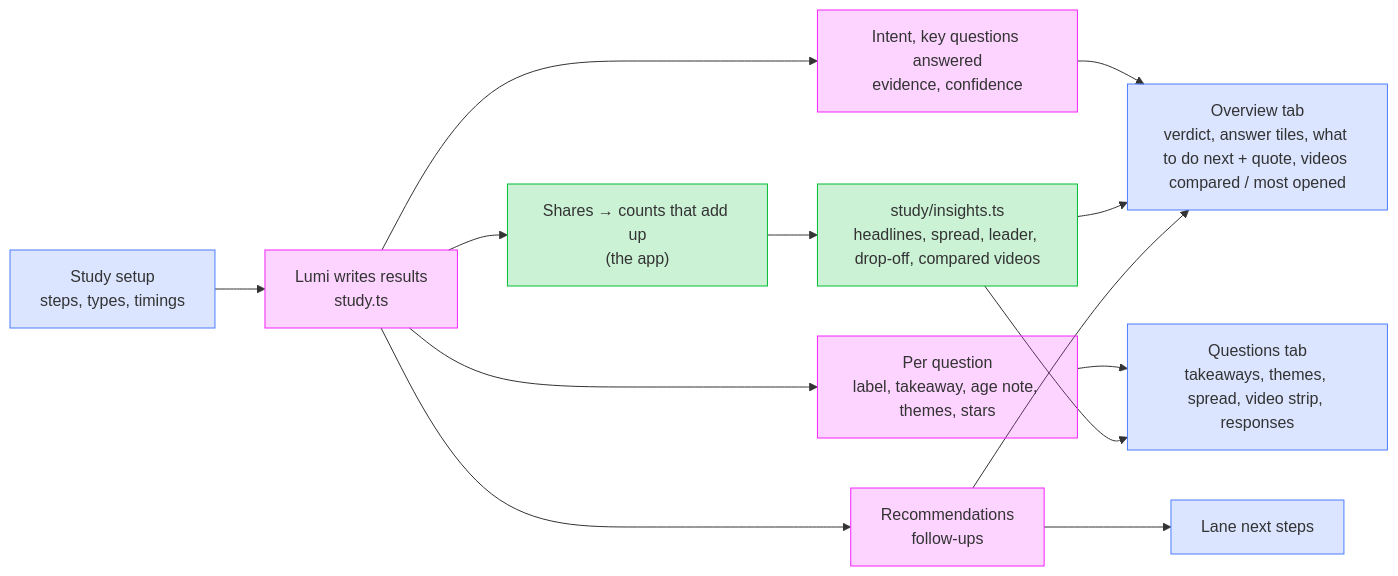
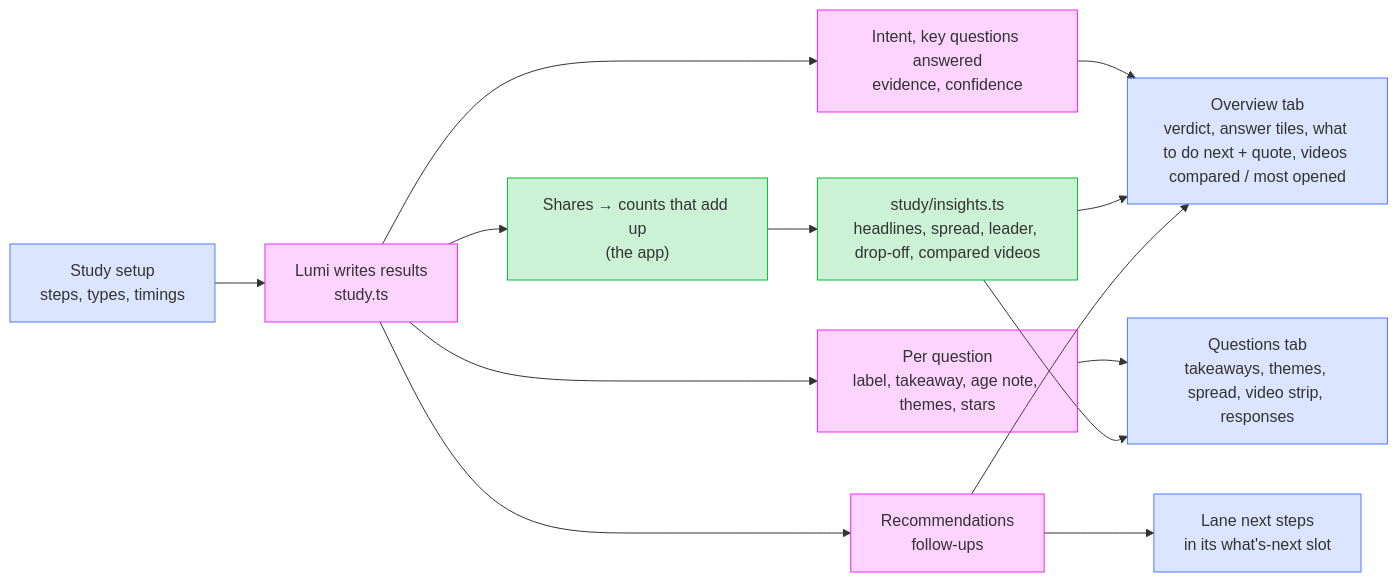
The ninth of 11 diagrams in docs/architecture.md (iamvaskiv/iris), drawn with Mermaid before and after one commit. The commit also changed other lines of this file and 15 other files, not shown here.

````diff
--- a/docs/architecture.md
+++ b/docs/architecture.md
@@ -340,26 +378,26 @@
 ```mermaid
 ---
 config:
   look: classic
 ---
 flowchart LR
     setup["Study setup<br/>steps, types, timings"] --> lumi["Lumi writes results<br/>study.ts"]
     lumi --> answers["Intent, key questions answered<br/>evidence, confidence"]
     lumi --> per["Per question<br/>label, takeaway, age note, themes, stars"]
     lumi --> next["Recommendations<br/>follow-ups"]
     lumi --> counts["Shares → counts that add up<br/>(the app)"]
     counts --> numbers["study/insights.ts<br/>headlines, spread, leader, drop-off, compared videos"]
     answers --> overview["Overview tab<br/>verdict, answer tiles, what to do next + quote, videos compared / most opened"]
     numbers --> overview
     per --> pane["Questions tab<br/>takeaways, themes, spread, video strip, responses"]
     numbers --> pane
     next --> overview
-    next --> slides["Lane next steps"]
+    next --> slides["Lane next steps<br/>in its what's-next slot"]
 
     classDef ui stroke:#4c7dff,fill:#4c7dff33
     classDef server stroke:#00bd32,fill:#00bd3233
     classDef ai stroke:#f424ff,fill:#f424ff33
     class setup,overview,pane,slides ui
     class counts,numbers server
     class lumi,answers,per,next ai
 ```
````
